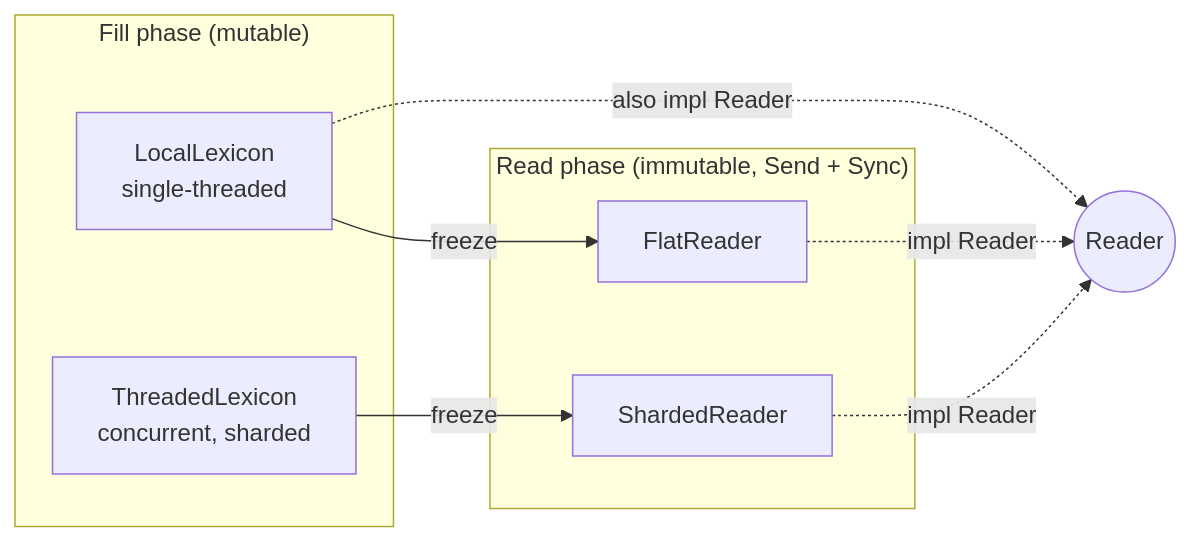
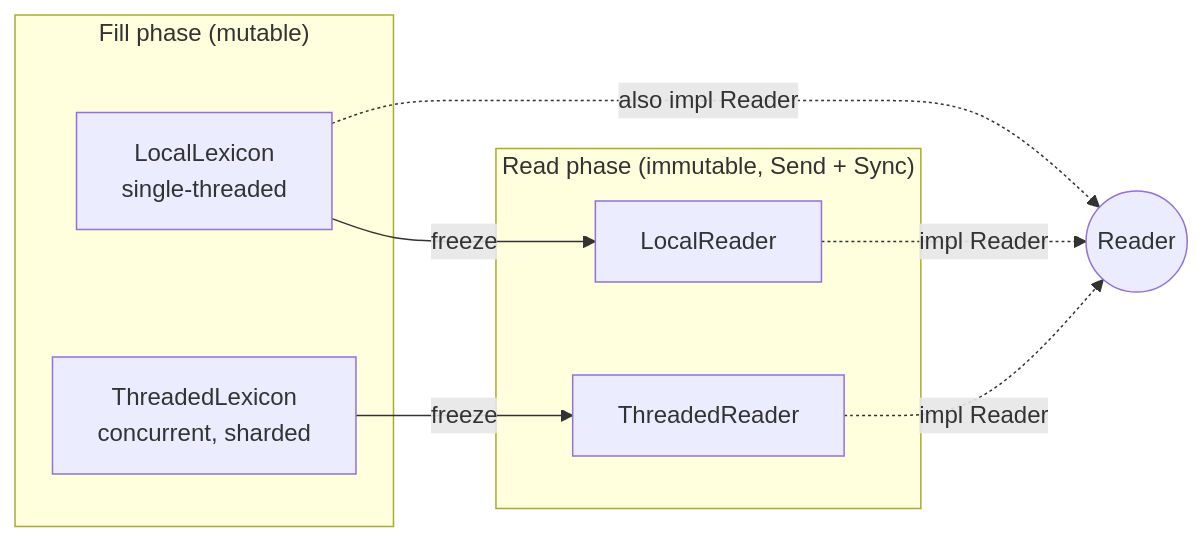
The first of 7 diagrams in crates/internity/docs/DESIGN.md (microsoft/oxidizer), drawn with Mermaid before and after one commit. The commit also changed other lines of this file and 14 other files, not shown here.

````diff
--- a/crates/internity/docs/DESIGN.md
+++ b/crates/internity/docs/DESIGN.md
@@ -22,16 +22,16 @@
 ```mermaid
 flowchart LR
     subgraph Fill["Fill phase (mutable)"]
         LL[LocalLexicon<br/>single-threaded]
         TL[ThreadedLexicon<br/>concurrent, sharded]
     end
     subgraph Read["Read phase (immutable, Send + Sync)"]
-        FR[FlatReader]
-        SR[ShardedReader]
+        FR[LocalReader]
+        SR[ThreadedReader]
     end
     LL -- freeze --> FR
     TL -- freeze --> SR
     FR -. impl Reader .-> R((Reader))
     SR -. impl Reader .-> R
     LL -. also impl Reader .-> R
 ```
````
